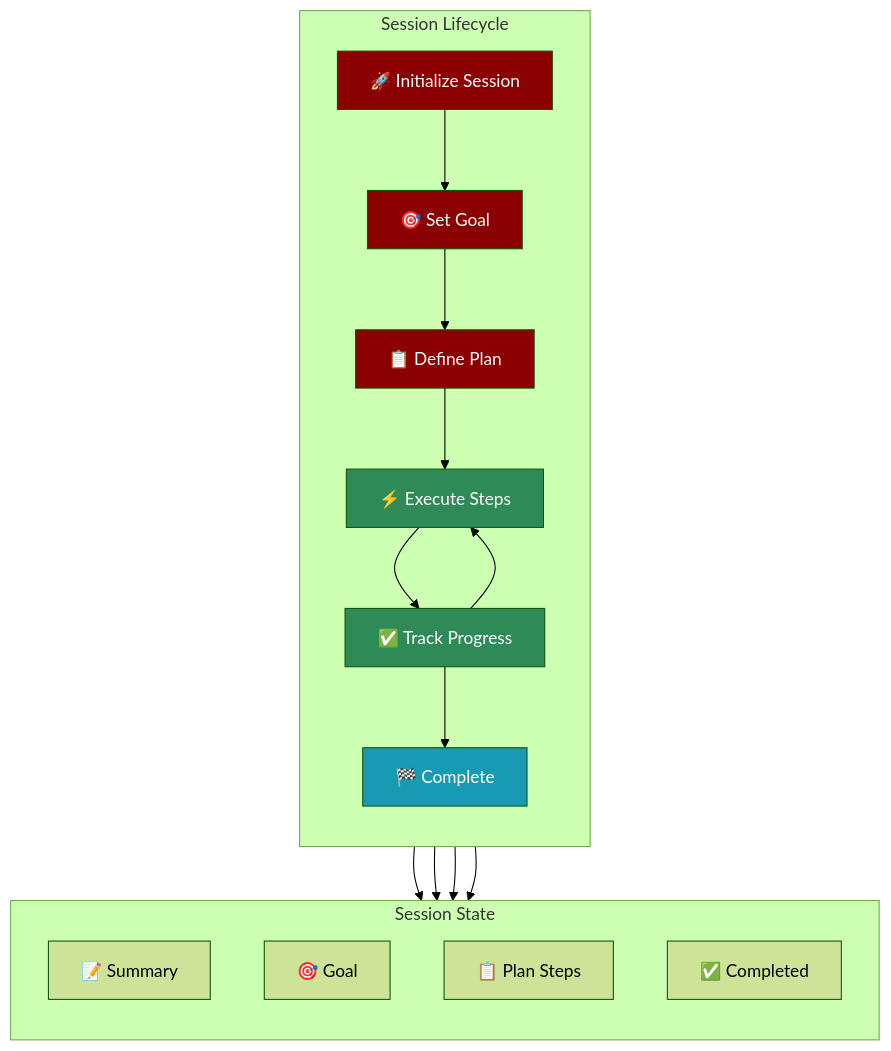
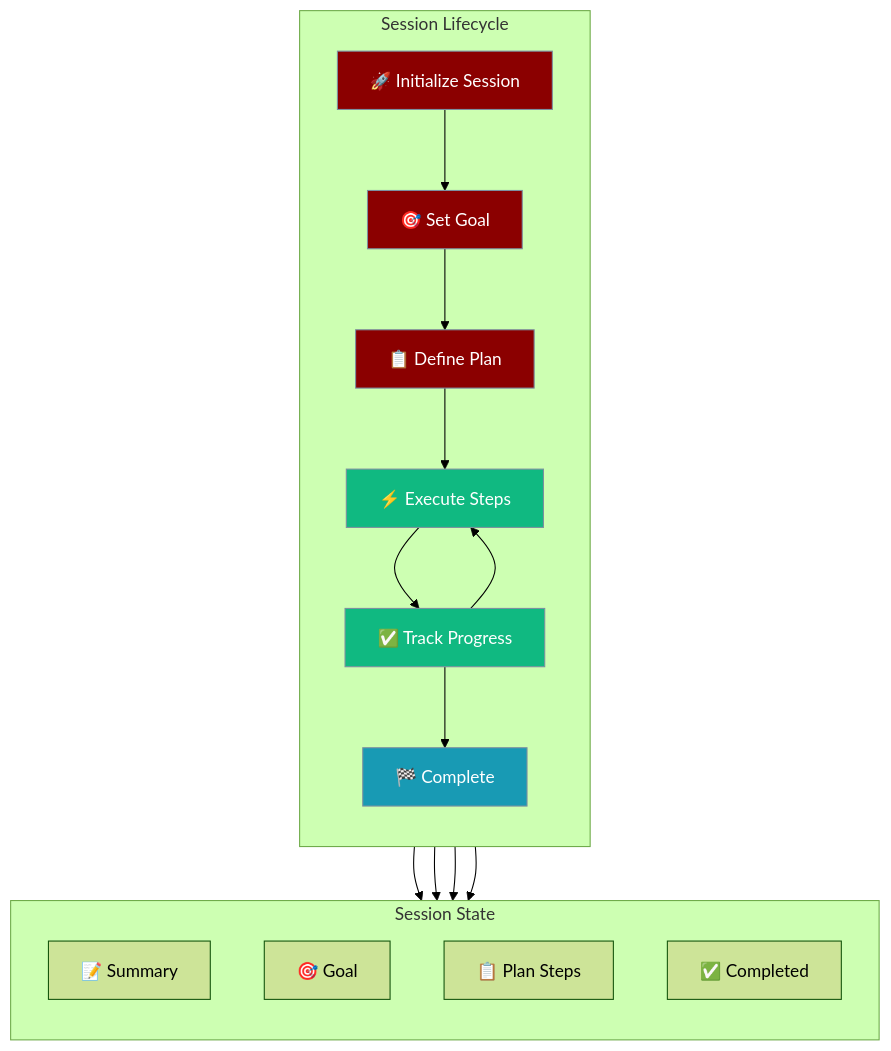
One commit to MervinPraison/PraisonAIDocs changed the fourth of 5 diagrams in docs/features/context-management.mdx. Above: the diagram before and after it, drawn with Mermaid (forest theme). The commit also changed other lines of this file and 10 other files, not shown here.

First line of the commit message:
fix: align Mermaid classDef stroke and palette in batch-1 features

````diff
--- a/docs/features/context-management.mdx
+++ b/docs/features/context-management.mdx
@@ -278,32 +263,32 @@
 ```mermaid
 flowchart TB
     subgraph "Session Lifecycle"
         direction TB
         INIT[🚀 Initialize Session] --> GOAL[🎯 Set Goal]
         GOAL --> PLAN[📋 Define Plan]
         PLAN --> EXEC[⚡ Execute Steps]
         EXEC --> PROGRESS[✅ Track Progress]
         PROGRESS --> EXEC
         PROGRESS --> DONE[🏁 Complete]
     end
 
     subgraph "Session State"
         direction TB
         S_SUMMARY[📝 Summary]
         S_GOAL[🎯 Goal]
         S_PLAN[📋 Plan Steps]
         S_PROGRESS[✅ Completed]
     end
 
     INIT --> S_SUMMARY
     GOAL --> S_GOAL
     PLAN --> S_PLAN
     EXEC --> S_PROGRESS
 
-    style INIT fill:#8B0000,color:#fff
-    style GOAL fill:#8B0000,color:#fff
-    style PLAN fill:#8B0000,color:#fff
-    style EXEC fill:#2E8B57,color:#fff
-    style PROGRESS fill:#2E8B57,color:#fff
-    style DONE fill:#189AB4,color:#fff
+    classDef init fill:#8B0000,stroke:#7C90A0,color:#fff
+    classDef active fill:#10B981,stroke:#7C90A0,color:#fff
+    classDef complete fill:#189AB4,stroke:#7C90A0,color:#fff
+    class INIT,GOAL,PLAN init
+    class EXEC,PROGRESS active
+    class DONE complete
 ```
````
